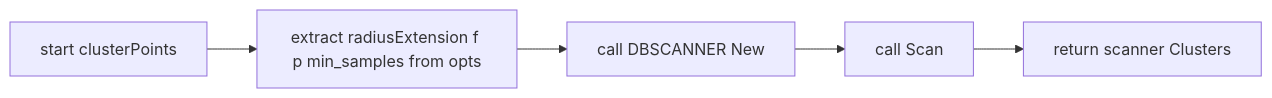
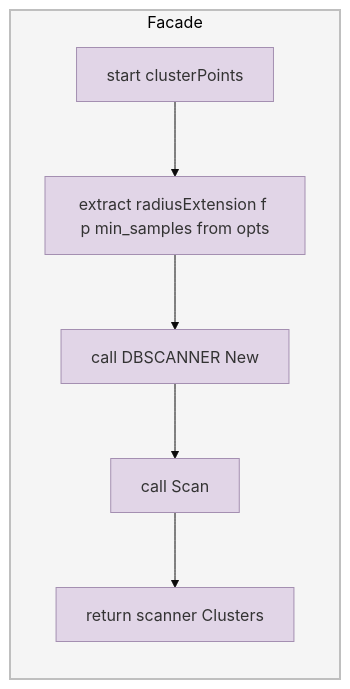
One commit to Gh0st352/AETHR changed the second of 12 diagrams in docs/ai/dbscan.md. Above: the diagram before and after it, drawn with Mermaid. The commit also changed other lines of this file and 2 other files, not shown here.

Commit message:
docs: enhance diagrams in README, data_structures, and dbscan with subgraphs, improved styles, and readability adjustments

````diff
--- a/docs/ai/dbscan.md
+++ b/docs/ai/dbscan.md
@@ -27,7 +46,15 @@
 ```mermaid
+%%{init: {"theme":"base", "themeVariables": {"primaryColor":"#f5f5f5"}}}%%
 flowchart LR
-  F0[start clusterPoints] --> F1[extract radiusExtension f p min_samples from opts]
-  F1 --> F2[call DBSCANNER New]
-  F2 --> F3[call Scan]
-  F3 --> F4[return scanner Clusters]
+  subgraph FACADE [Facade]
+    style FACADE fill:#f5f5f5,stroke:#bfbfbf,stroke-width:2px
+    F0[start clusterPoints]
+    F1[extract radiusExtension f p min_samples from opts]
+    F2[call DBSCANNER New]
+    F3[call Scan]
+    F4[return scanner Clusters]
+    F0 --> F1 --> F2 --> F3 --> F4
+  end
+  classDef facade fill:#e1d5e7,stroke:#a48fb1,stroke-width:1px
+  class F0,F1,F2,F3,F4 facade
 ```
````
